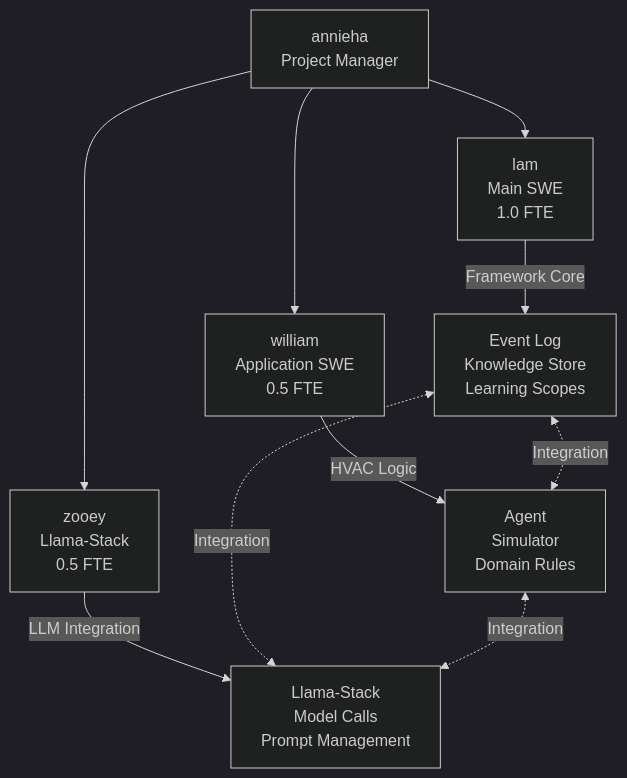
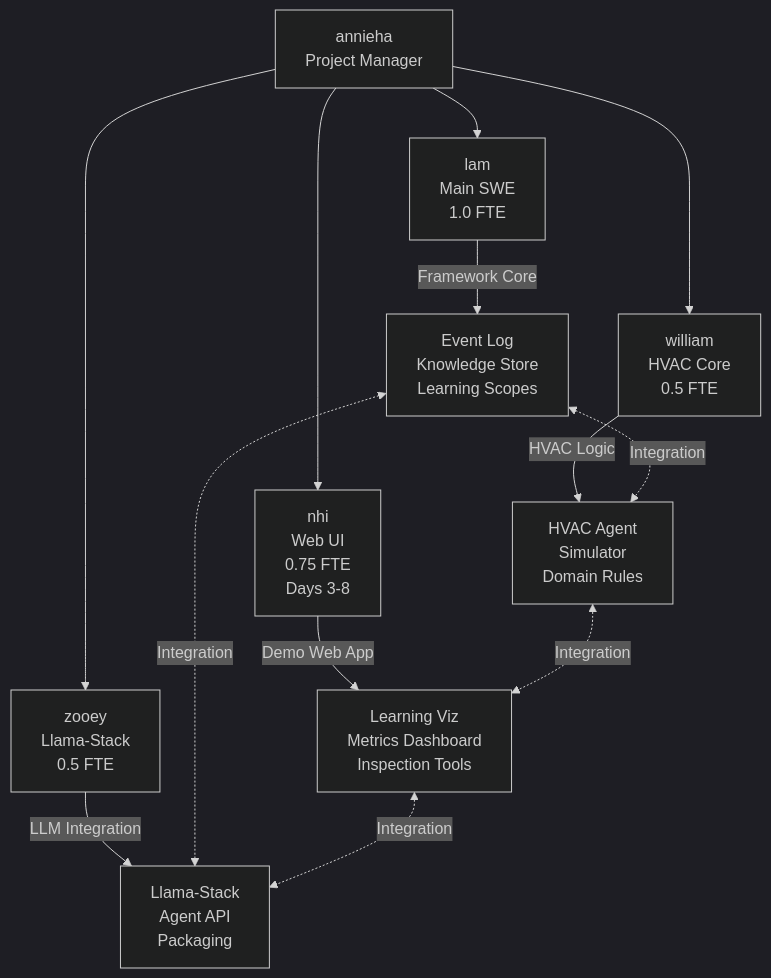
One commit to aitomatic/dana changed the fourth of 5 diagrams in dana_agent/dana/specs/reflection.md. Above: the diagram before and after it, drawn with Mermaid (dark theme). The commit also changed other lines of this file, not shown here.

Commit message:
Update plan, clarify Llamstack scope, add Nhi as UI resource.

````diff
--- a/dana_agent/dana/specs/reflection.md
+++ b/dana_agent/dana/specs/reflection.md
@@ -281,20 +281,24 @@
 ```mermaid
 graph TB
     PM[annieha<br/>Project Manager]
     
     MAIN[lam<br/>Main SWE<br/>1.0 FTE]
-    APP[william<br/>Application SWE<br/>0.5 FTE]
+    APP[william<br/>HVAC Core<br/>0.5 FTE]
+    UI[nhi<br/>Web UI<br/>0.75 FTE<br/>Days 3-8]
     INT[zooey<br/>Llama-Stack<br/>0.5 FTE]
     
     PM --> MAIN
     PM --> APP
+    PM --> UI
     PM --> INT
     
     MAIN -->|Framework Core| FC[Event Log<br/>Knowledge Store<br/>Learning Scopes]
-    APP -->|HVAC Logic| HL[Agent<br/>Simulator<br/>Domain Rules]
-    INT -->|LLM Integration| LI[Llama-Stack<br/>Model Calls<br/>Prompt Management]
+    APP -->|HVAC Logic| HL[HVAC Agent<br/>Simulator<br/>Domain Rules]
+    UI -->|Demo Web App| DA[Learning Viz<br/>Metrics Dashboard<br/>Inspection Tools]
+    INT -->|LLM Integration| LI[Llama-Stack<br/>Agent API<br/>Packaging]
     
     FC <-.->|Integration| HL
     FC <-.->|Integration| LI
-    HL <-.->|Integration| LI
+    HL <-.->|Integration| DA
+    DA <-.->|Integration| LI
 ```
````
